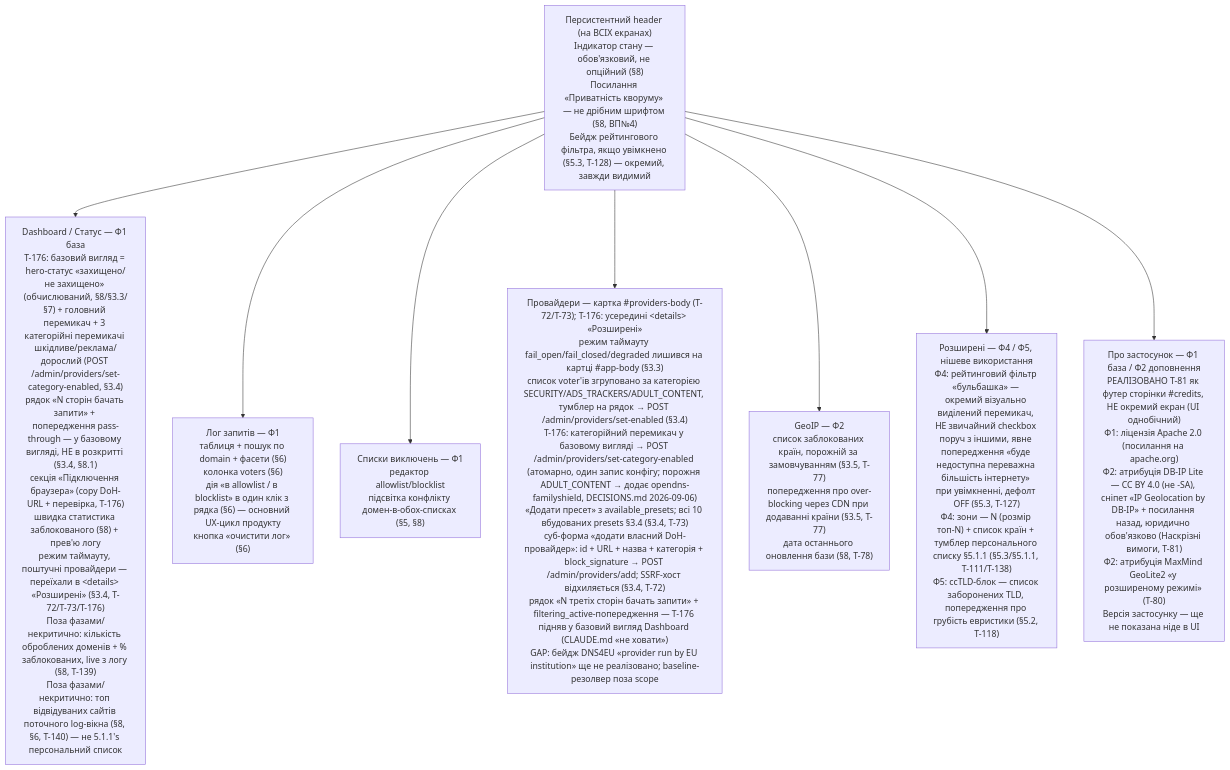
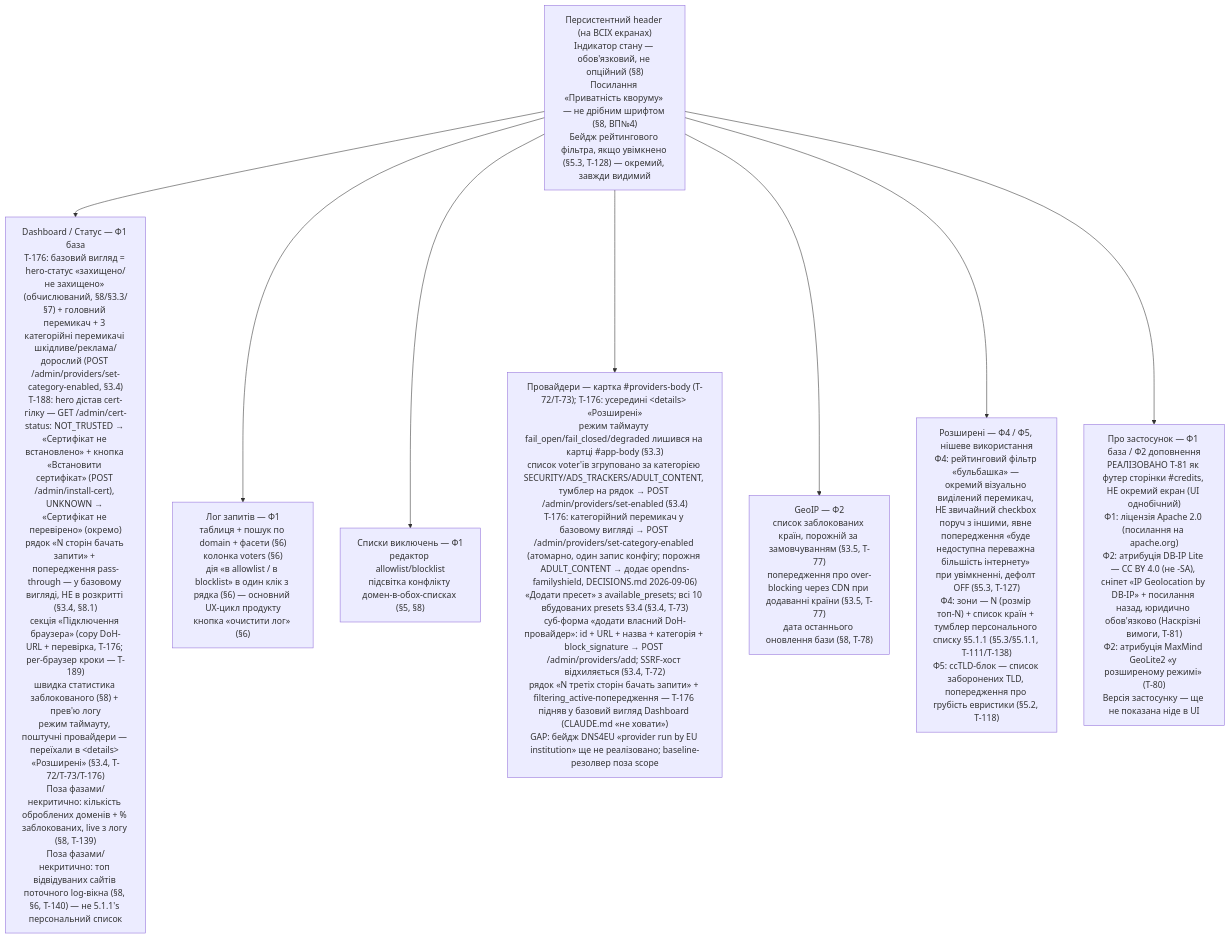
The diagram in diagrams/ui-navigation.md (user137/dns-quorum-filter), drawn with Mermaid before and after one commit. The commit also changed other lines of this file and 19 other files, not shown here.

````diff
--- a/diagrams/ui-navigation.md
+++ b/diagrams/ui-navigation.md
@@ -13,26 +14,26 @@
 ```mermaid
 flowchart TD
     Header["Персистентний header (на ВСІХ екранах)<br/>Індикатор стану — обов'язковий, не опційний (§8)<br/>Посилання «Приватність кворуму» — не дрібним шрифтом (§8, ВП№4)<br/>Бейдж рейтингового фільтра, якщо увімкнено (§5.3, T-128) — окремий, завжди видимий"]
 
     Header --> Dashboard
     Header --> Log
     Header --> Lists
     Header --> Providers
     Header --> GeoIP
     Header --> Advanced
     Header --> About
 
-    Dashboard["Dashboard / Статус — Ф1 база<br/>T-176: базовий вигляд = hero-статус «захищено/не захищено» (обчислюваний, §8/§3.3/§7) + головний перемикач + 3 категорійні перемикачі шкідливе/реклама/дорослий (POST /admin/providers/set-category-enabled, §3.4)<br/>рядок «N сторін бачать запити» + попередження pass-through — у базовому вигляді, НЕ в розкритті (§3.4, §8.1)<br/>секція «Підключення браузера» (copy DoH-URL + перевірка, T-176)<br/>швидка статистика заблокованого (§8) + прев'ю логу<br/>режим таймауту, поштучні провайдери — переїхали в &lt;details&gt; «Розширені» (§3.4, T-72/T-73/T-176)<br/>Поза фазами/некритично: кількість оброблених доменів + % заблокованих, live з логу (§8, T-139)<br/>Поза фазами/некритично: топ відвідуваних сайтів поточного log-вікна (§8, §6, T-140) — не 5.1.1's персональний список"]
+    Dashboard["Dashboard / Статус — Ф1 база<br/>T-176: базовий вигляд = hero-статус «захищено/не захищено» (обчислюваний, §8/§3.3/§7) + головний перемикач + 3 категорійні перемикачі шкідливе/реклама/дорослий (POST /admin/providers/set-category-enabled, §3.4)<br/>T-188: hero дістав cert-гілку — GET /admin/cert-status: NOT_TRUSTED → «Сертифікат не встановлено» + кнопка «Встановити сертифікат» (POST /admin/install-cert), UNKNOWN → «Сертифікат не перевірено» (окремо)<br/>рядок «N сторін бачать запити» + попередження pass-through — у базовому вигляді, НЕ в розкритті (§3.4, §8.1)<br/>секція «Підключення браузера» (copy DoH-URL + перевірка, T-176; per-браузер кроки — T-189)<br/>швидка статистика заблокованого (§8) + прев'ю логу<br/>режим таймауту, поштучні провайдери — переїхали в &lt;details&gt; «Розширені» (§3.4, T-72/T-73/T-176)<br/>Поза фазами/некритично: кількість оброблених доменів + % заблокованих, live з логу (§8, T-139)<br/>Поза фазами/некритично: топ відвідуваних сайтів поточного log-вікна (§8, §6, T-140) — не 5.1.1's персональний список"]
 
     Log["Лог запитів — Ф1<br/>таблиця + пошук по domain + фасети (§6)<br/>колонка voters (§6)<br/>дія «в allowlist / в blocklist» в один клік з рядка (§6) — основний UX-цикл продукту<br/>кнопка «очистити лог» (§6)"]
 
     Lists["Списки виключень — Ф1<br/>редактор allowlist/blocklist<br/>підсвітка конфлікту домен-в-обох-списках (§5, §8)"]
 
     Providers["Провайдери — картка #providers-body (T-72/T-73); T-176: усередині &lt;details&gt; «Розширені»<br/>режим таймауту fail_open/fail_closed/degraded лишився на картці #app-body (§3.3)<br/>список voter'ів згруповано за категорією SECURITY/ADS_TRACKERS/ADULT_CONTENT, тумблер на рядок → POST /admin/providers/set-enabled (§3.4)<br/>T-176: категорійний перемикач у базовому вигляді → POST /admin/providers/set-category-enabled (атомарно, один запис конфігу; порожня ADULT_CONTENT → додає opendns-familyshield, DECISIONS.md 2026-09-06)<br/>«Додати пресет» з available_presets; всі 10 вбудованих presets §3.4 (§3.4, T-73)<br/>суб-форма «додати власний DoH-провайдер»: id + URL + назва + категорія + block_signature → POST /admin/providers/add; SSRF-хост відхиляється (§3.4, T-72)<br/>рядок «N третіх сторін бачать запити» + filtering_active-попередження — T-176 підняв у базовий вигляд Dashboard (CLAUDE.md «не ховати»)<br/>GAP: бейдж DNS4EU «provider run by EU institution» ще не реалізовано; baseline-резолвер поза scope"]
 
     GeoIP["GeoIP — Ф2<br/>список заблокованих країн, порожній за замовчуванням (§3.5, T-77)<br/>попередження про over-blocking через CDN при додаванні країни (§3.5, T-77)<br/>дата останнього оновлення бази (§8, T-78)"]
 
     Advanced["Розширені — Ф4 / Ф5, нішеве використання<br/>Ф4: рейтинговий фільтр «бульбашка» — окремий візуально виділений перемикач, НЕ звичайний checkbox поруч з іншими, явне попередження «буде недоступна переважна більшість інтернету» при увімкненні, дефолт OFF (§5.3, T-127)<br/>Ф4: зони — N (розмір топ-N) + список країн + тумблер персонального списку §5.1.1 (§5.3/§5.1.1, T-111/T-138)<br/>Ф5: ccTLD-блок — список заборонених TLD, попередження про грубість евристики (§5.2, T-118)"]
 
     About["Про застосунок — Ф1 база / Ф2 доповнення<br/>РЕАЛІЗОВАНО T-81 як футер сторінки #credits, НЕ окремий екран (UI однобічний)<br/>Ф1: ліцензія Apache 2.0 (посилання на apache.org)<br/>Ф2: атрибуція DB-IP Lite — CC BY 4.0 (не -SA), сніпет «IP Geolocation by DB-IP» + посилання назад, юридично обов'язково (Наскрізні вимоги, T-81)<br/>Ф2: атрибуція MaxMind GeoLite2 «у розширеному режимі» (T-80)<br/>Версія застосунку — ще не показана ніде в UI"]
 ```
````
